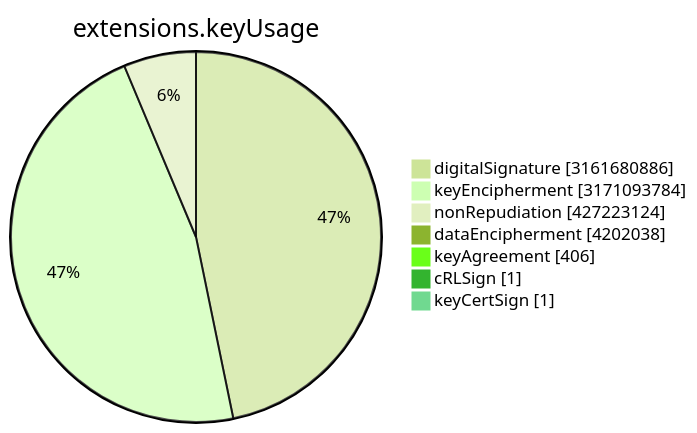
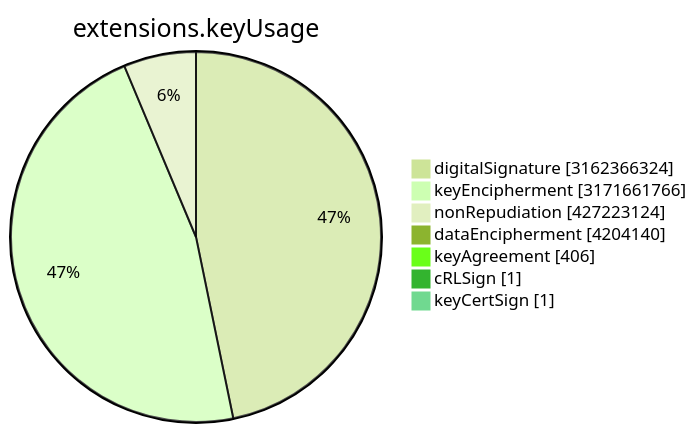
Before and after one commit to christiankrug/ctmonitor_visualization: the sixth of 15 diagrams in TOTAL/README.md, drawn with Mermaid (forest theme). The commit also changed other lines of this file, not shown here.

````diff
--- a/TOTAL/README.md
+++ b/TOTAL/README.md
@@ -3077,11 +3077,11 @@
 ```mermaid
 pie showData
 title extensions.keyUsage
-"digitalSignature" :3161680886
-"keyEncipherment" :3171093784
+"digitalSignature" :3162366324
+"keyEncipherment" :3171661766
 "nonRepudiation" :427223124
-"dataEncipherment" :4202038
+"dataEncipherment" :4204140
 "keyAgreement" :406
 "cRLSign" :1
 "keyCertSign" :1
 ```
````
